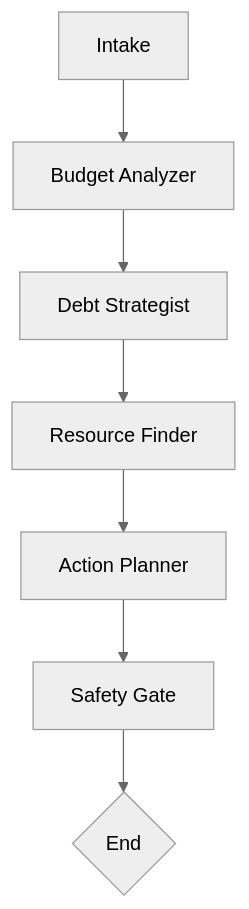
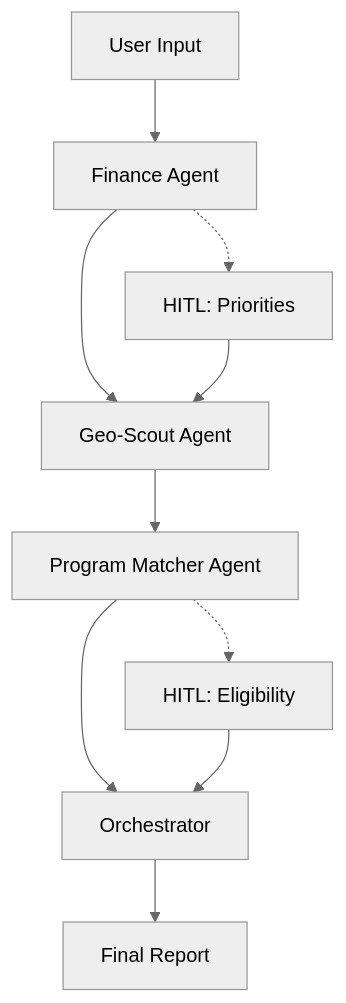
One commit to jackyang25/agentic-system-with-distributed-mcp-servers changed the diagram in README.md. Above: the diagram before and after it, drawn with Mermaid (neutral theme). The commit also changed other lines of this file and 19 other files, not shown here.

````diff
--- a/README.md
+++ b/README.md
@@ -45,9 +33,13 @@
 ```mermaid
 flowchart TD
-  A[Intake] --> B[Budget Analyzer]
-  B --> C[Debt Strategist]
-  C --> D[Resource Finder]
-  D --> E[Action Planner]
-  E --> F[Safety Gate]
-  F --> G{End}
+  A[User Input] --> B[Finance Agent]
+  B --> C[Geo-Scout Agent]
+  C --> D[Program Matcher Agent]
+  D --> E[Orchestrator]
+  E --> F[Final Report]
+  
+  B -.-> G[HITL: Priorities]
+  G --> C
+  D -.-> H[HITL: Eligibility]
+  H --> E
 ```
````
